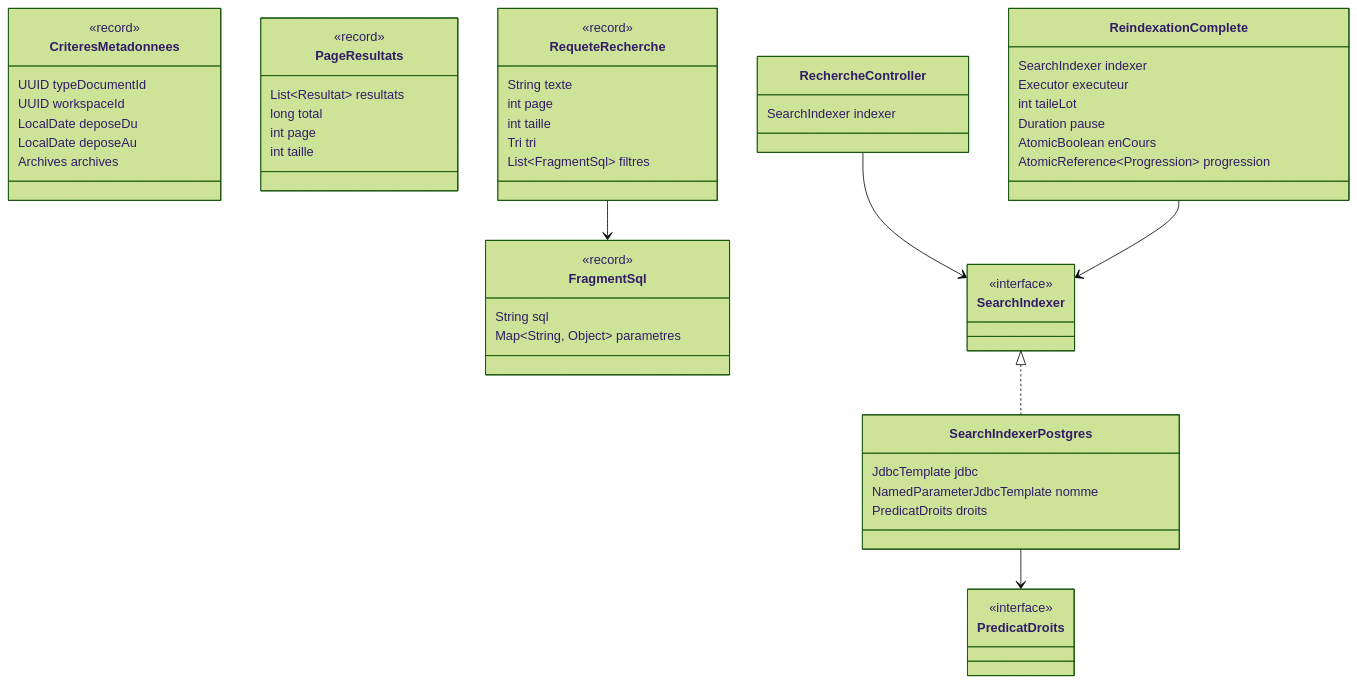
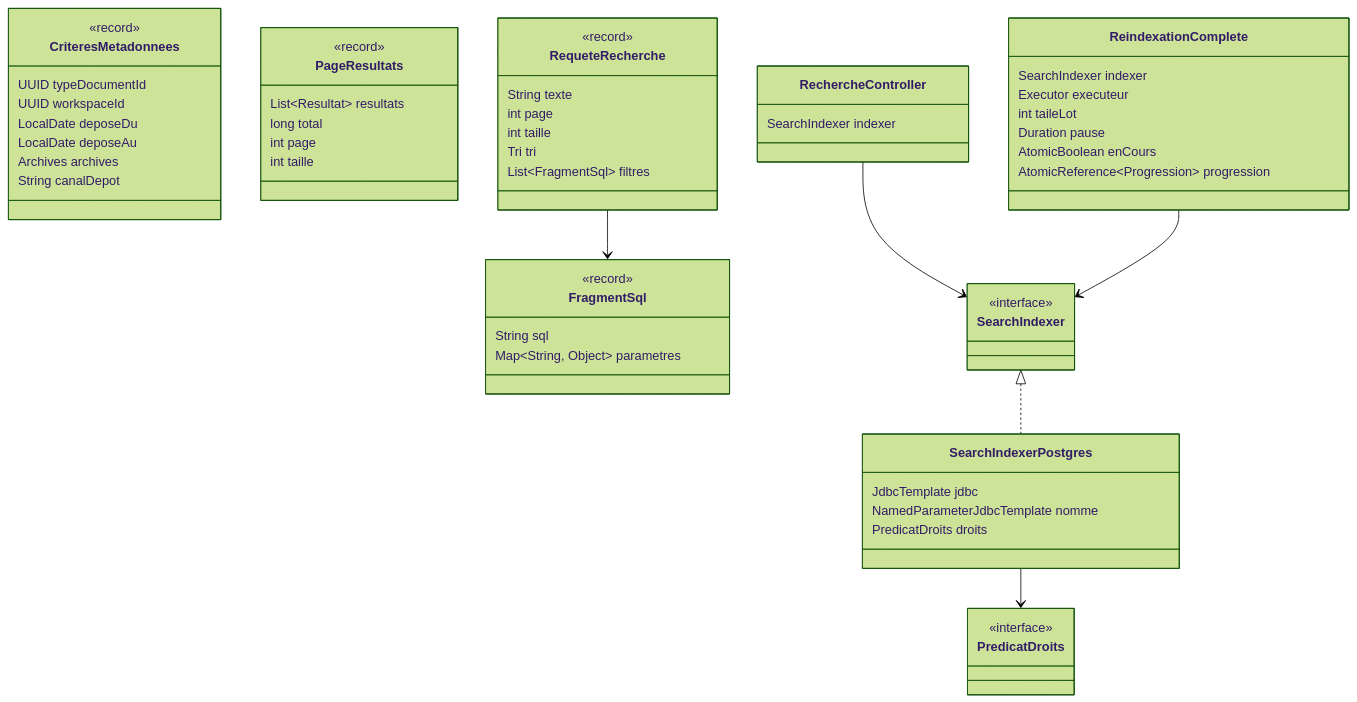
Before and after one commit to abddou2000/GED: the tenth of 24 diagrams in docs/modelisation/CLASSES.md, drawn with Mermaid (forest theme). The commit also changed other lines of this file and 2 other files, not shown here.

Commit message:
Régénérer le schéma et les diagrammes de classes après fusion, tenir le suivi

````diff
--- a/docs/modelisation/CLASSES.md
+++ b/docs/modelisation/CLASSES.md
@@ -1306,58 +1329,59 @@
 ```mermaid
 classDiagram
   class CriteresMetadonnees {
     <<record>>
     UUID typeDocumentId
     UUID workspaceId
     LocalDate deposeDu
     LocalDate deposeAu
     Archives archives
+    String canalDepot
   }
   class FragmentSql {
     <<record>>
     String sql
     Map~String, Object~ parametres
   }
   class PageResultats {
     <<record>>
     List~Resultat~ resultats
     long total
     int page
     int taille
   }
   class PredicatDroits {
     <<interface>>
   }
   class RechercheController {
     SearchIndexer indexer
   }
   class ReindexationComplete {
     SearchIndexer indexer
     Executor executeur
     int taileLot
     Duration pause
     AtomicBoolean enCours
     AtomicReference~Progression~ progression
   }
   class RequeteRecherche {
     <<record>>
     String texte
     int page
     int taille
     Tri tri
     List~FragmentSql~ filtres
   }
   class SearchIndexer {
     <<interface>>
   }
   class SearchIndexerPostgres {
     JdbcTemplate jdbc
     NamedParameterJdbcTemplate nomme
     PredicatDroits droits
   }
   RechercheController --> SearchIndexer
   ReindexationComplete --> SearchIndexer
   RequeteRecherche --> FragmentSql
   SearchIndexer <|.. SearchIndexerPostgres
   SearchIndexerPostgres --> PredicatDroits
 ```
````
